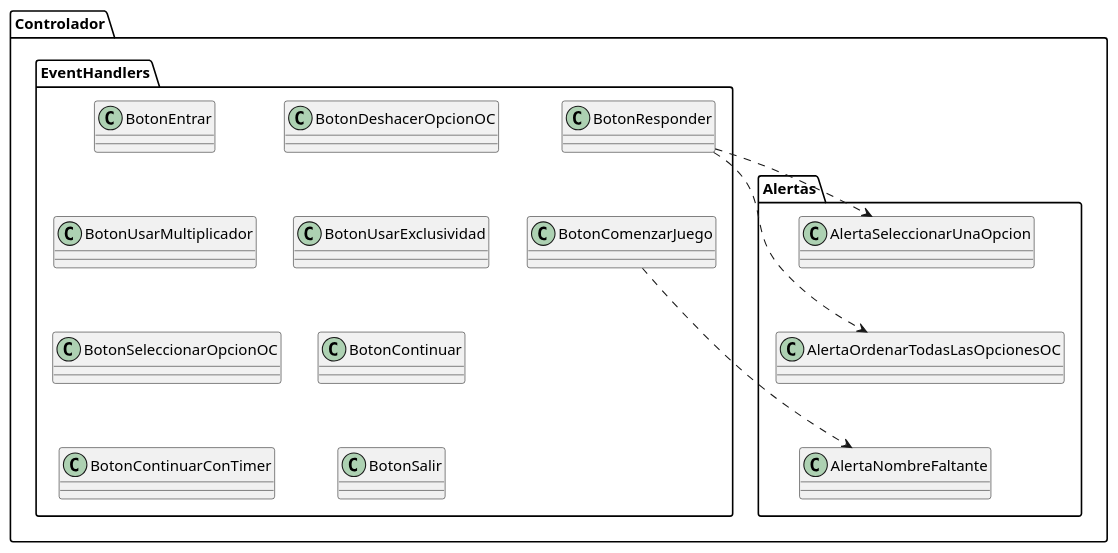
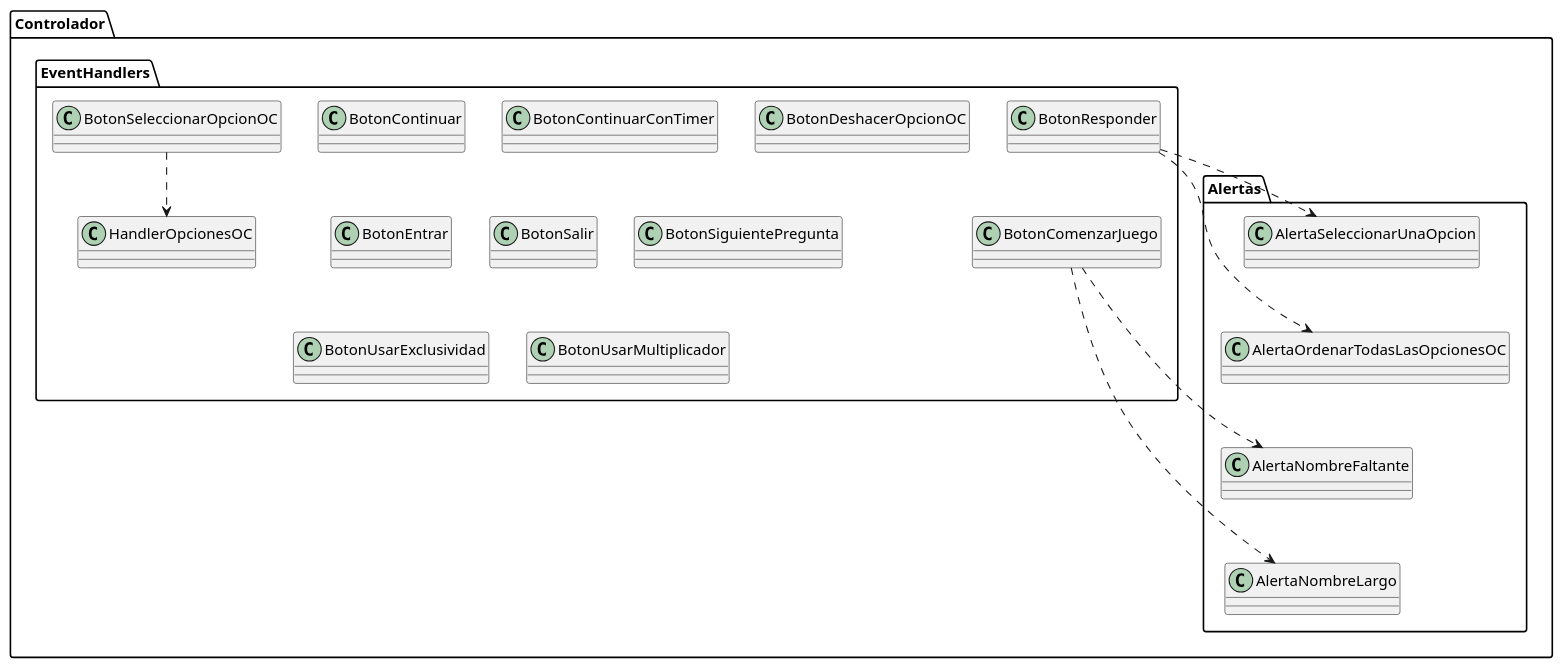
One commit to gcc-cdimatteo/Algoritmos-y-Programacion-III-75.07 changed the diagram in Documentacion/Diagramas de Clases/Diagrama de Clases Controladores.puml. Above: the diagram before and after it, drawn with PlantUML. The commit also changed 1 other file, not shown here.

```diff
--- a/Documentacion/Diagramas de Clases/Diagrama de Clases Controladores.puml
+++ b/Documentacion/Diagramas de Clases/Diagrama de Clases Controladores.puml
@@ -1,54 +1,52 @@
 @startuml
 skinparam classAttributeIconSize 0
 
 package Controlador {
 
     package Alertas {
         class AlertaNombreFaltante
+        class AlertaNombreLargo
         class AlertaOrdenarTodasLasOpcionesOC
         class AlertaSeleccionarUnaOpcion
     }
 
     package EventHandlers {
         class BotonComenzarJuego
         class BotonContinuar
         class BotonContinuarConTimer
         class BotonDeshacerOpcionOC
         class BotonEntrar
         class BotonResponder
         class BotonSalir
         class BotonSeleccionarOpcionOC
+        class BotonSiguientePregunta
         class BotonUsarExclusividad
         class BotonUsarMultiplicador
-    }
+        class HandlerOpcionesOC
 
 }
 
 'Ordenamiento De Cuadrados
+AlertaNombreLargo -up[hidden]-> AlertaNombreFaltante
 AlertaNombreFaltante -up[hidden]-> AlertaOrdenarTodasLasOpcionesOC
 AlertaOrdenarTodasLasOpcionesOC -up[hidden]-> AlertaSeleccionarUnaOpcion
-BotonContinuar -[hidden]-> BotonSalir
-BotonDeshacerOpcionOC -[hidden]-> BotonUsarExclusividad
-BotonEntrar -[hidden]-> BotonUsarMultiplicador
-BotonUsarMultiplicador -[hidden]-> BotonSeleccionarOpcionOC
-BotonUsarExclusividad -[hidden]-> BotonContinuar
 BotonResponder -[hidden]-> BotonComenzarJuego
-
-BotonSeleccionarOpcionOC -[hidden]-> BotonContinuarConTimer
 
 'Herencia --|> cumple la relación 'es un'
 
 'Asociacion --> un objeto guarda a otro
 
 'Agregacion --o un objeto esta compuesto por otro pero no lo necesita para vivir
 
 'Composicion --* un objeto es dueño de otro
 
 'Dependencia ..> un objeto utiliza a otro porque lo recibe/devuelve
-BotonComenzarJuego .right.> AlertaNombreFaltante
-BotonResponder .down.> AlertaSeleccionarUnaOpcion
+BotonComenzarJuego ..> AlertaNombreFaltante
+BotonComenzarJuego ..> AlertaNombreLargo
+BotonResponder ..> AlertaSeleccionarUnaOpcion
 BotonResponder .right.> AlertaOrdenarTodasLasOpcionesOC
+BotonSeleccionarOpcionOC ..> HandlerOpcionesOC
 
 'Interfaces ..|> colección de declaraciones de métodos sin implemetnar
 
 @enduml
```
